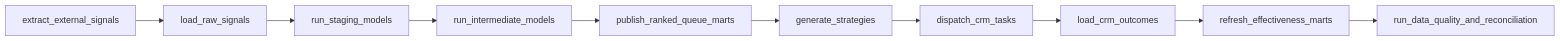
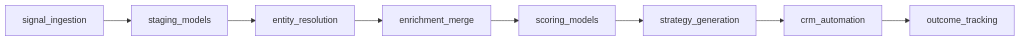
Before and after one commit to yghias/dealflow-ai-engine: the diagram in PIPELINES.md, drawn with Mermaid. The commit also changed other lines of this file and 156 other files, not shown here.

````diff
--- a/PIPELINES.md
+++ b/PIPELINES.md
@@ -25,12 +18,10 @@
 ```mermaid
 flowchart LR
-    A["extract_external_signals"] --> B["load_raw_signals"]
-    B --> C["run_staging_models"]
-    C --> D["run_intermediate_models"]
-    D --> E["publish_ranked_queue_marts"]
-    E --> F["generate_strategies"]
-    F --> G["dispatch_crm_tasks"]
-    G --> H["load_crm_outcomes"]
-    H --> I["refresh_effectiveness_marts"]
-    I --> J["run_data_quality_and_reconciliation"]
+    A["signal_ingestion"] --> B["staging_models"]
+    B --> C["entity_resolution"]
+    C --> D["enrichment_merge"]
+    D --> E["scoring_models"]
+    E --> F["strategy_generation"]
+    F --> G["crm_automation"]
+    G --> H["outcome_tracking"]
 ```
````
